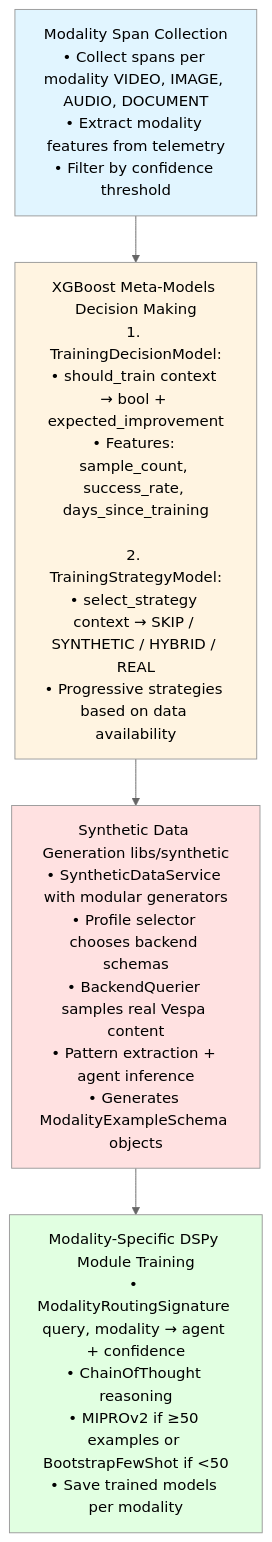
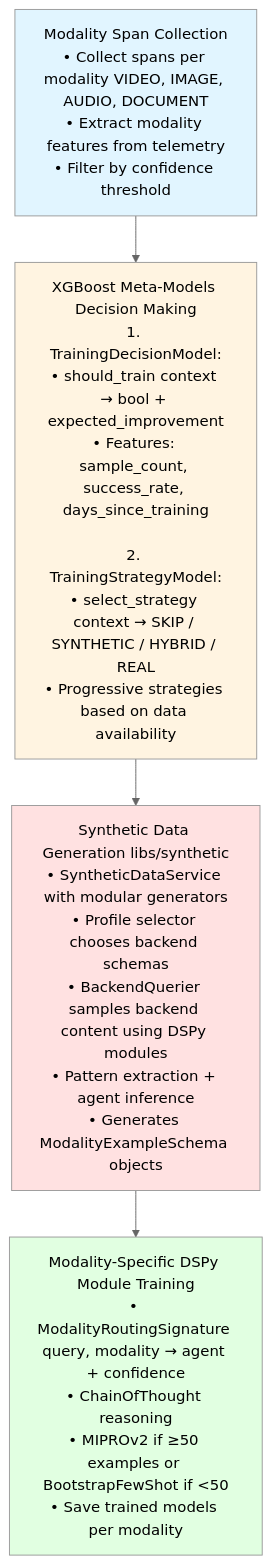
The third of 3 diagrams in docs/modules/optimization.md (amit-jain/cogniverse), drawn with Mermaid (neutral theme) before and after one commit. The commit also changed other lines of this file and 18 other files, not shown here.

First line of the commit message:
Refactor synthetic data generation to use DSPy modules

````diff
--- a/docs/modules/optimization.md
+++ b/docs/modules/optimization.md
@@ -120,15 +120,15 @@
 ```mermaid
 graph TB
     SpanCollection[Modality Span Collection<br/>• Collect spans per modality VIDEO, IMAGE, AUDIO, DOCUMENT<br/>• Extract modality features from telemetry<br/>• Filter by confidence threshold]
 
     SpanCollection --> XGBoost[XGBoost Meta-Models Decision Making<br/>1. TrainingDecisionModel:<br/>• should_train context → bool + expected_improvement<br/>• Features: sample_count, success_rate, days_since_training<br/><br/>2. TrainingStrategyModel:<br/>• select_strategy context → SKIP / SYNTHETIC / HYBRID / REAL<br/>• Progressive strategies based on data availability]
 
-    XGBoost --> SyntheticService[Synthetic Data Generation libs/synthetic<br/>• SyntheticDataService with modular generators<br/>• Profile selector chooses backend schemas<br/>• BackendQuerier samples real Vespa content<br/>• Pattern extraction + agent inference<br/>• Generates ModalityExampleSchema objects]
+    XGBoost --> SyntheticService[Synthetic Data Generation libs/synthetic<br/>• SyntheticDataService with modular generators<br/>• Profile selector chooses backend schemas<br/>• BackendQuerier samples backend content using DSPy modules<br/>• Pattern extraction + agent inference<br/>• Generates ModalityExampleSchema objects]
 
     SyntheticService --> Training[Modality-Specific DSPy Module Training<br/>• ModalityRoutingSignature query, modality → agent + confidence<br/>• ChainOfThought reasoning<br/>• MIPROv2 if ≥50 examples or BootstrapFewShot if <50<br/>• Save trained models per modality]
 
     style SpanCollection fill:#e1f5ff
     style XGBoost fill:#fff4e1
     style SyntheticService fill:#ffe1e1
     style Training fill:#e1ffe1
 ```
````
